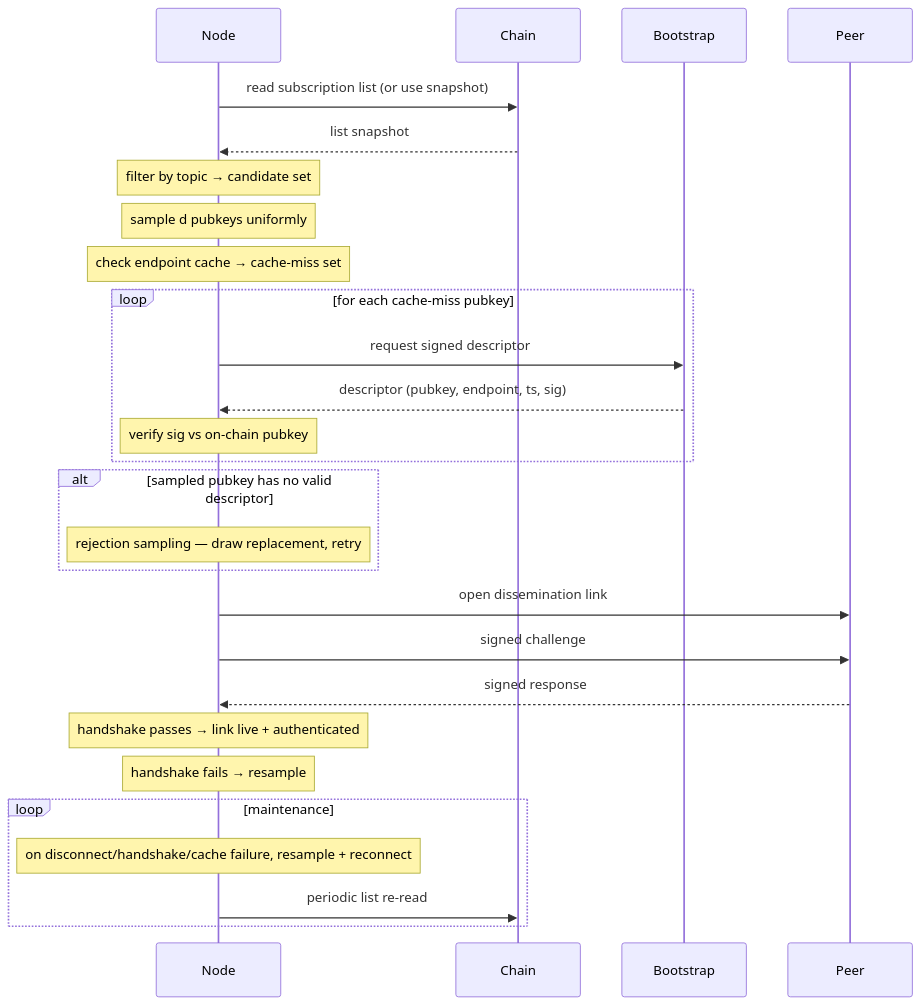
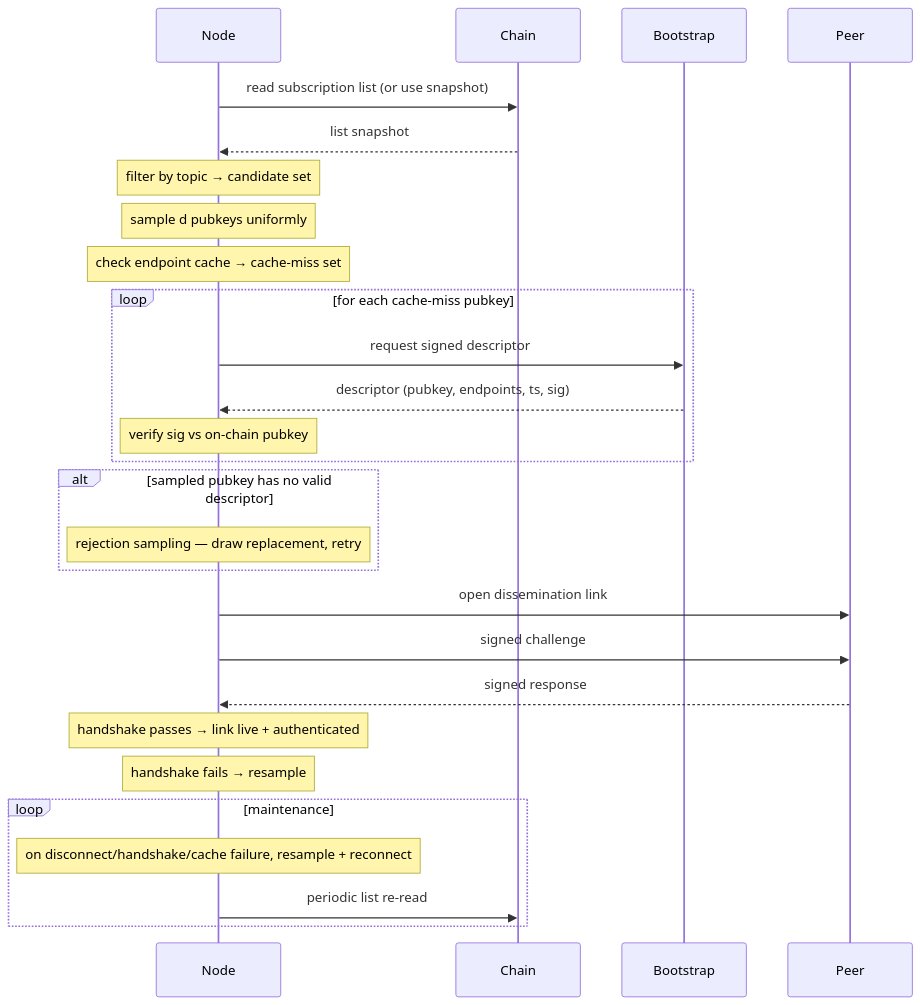
One commit to input-output-hk/pubsub changed the diagram in docs/node-lifecycle/ip-discovery.md. Above: the diagram before and after it, drawn with Mermaid. The commit also changed 2 other files, not shown here.

Commit message:
docs(node-lifecycle): SignedDescriptor carries an ordered endpoints list
Resolves the dual-stack / multi-homed open point: the descriptor field
becomes endpoints (ordered list, preferred first) instead of a single
endpoint, signed once. Dialers walk the list with happy-eyeballs
(RFC 8305); entries are multiaddr-encoded so adding QUIC / WSS / DNS
later does not require a second schema migration. Endpoint-change
rollover stays atomic — the whole list is re-signed with a new
timestamp.

````diff
--- a/docs/node-lifecycle/ip-discovery.md
+++ b/docs/node-lifecycle/ip-discovery.md
@@ -24,34 +24,34 @@
 ```mermaid
 sequenceDiagram
     participant Node
     participant Chain
     participant Bootstrap
     participant Peer
 
     Node->>Chain: read subscription list (or use snapshot)
     Chain-->>Node: list snapshot
     Note over Node: filter by topic → candidate set
     Note over Node: sample d pubkeys uniformly
     Note over Node: check endpoint cache → cache-miss set
 
     loop for each cache-miss pubkey
         Node->>Bootstrap: request signed descriptor
-        Bootstrap-->>Node: descriptor (pubkey, endpoint, ts, sig)
+        Bootstrap-->>Node: descriptor (pubkey, endpoints, ts, sig)
         Note over Node: verify sig vs on-chain pubkey
     end
 
     alt sampled pubkey has no valid descriptor
         Note over Node: rejection sampling — draw replacement, retry
     end
 
     Node->>Peer: open dissemination link
     Node->>Peer: signed challenge
     Peer-->>Node: signed response
     Note over Node: handshake passes → link live + authenticated
     Note over Node: handshake fails → resample
 
     loop maintenance
         Note over Node: on disconnect/handshake/cache failure, resample + reconnect
         Node->>Chain: periodic list re-read
     end
 ```
````
